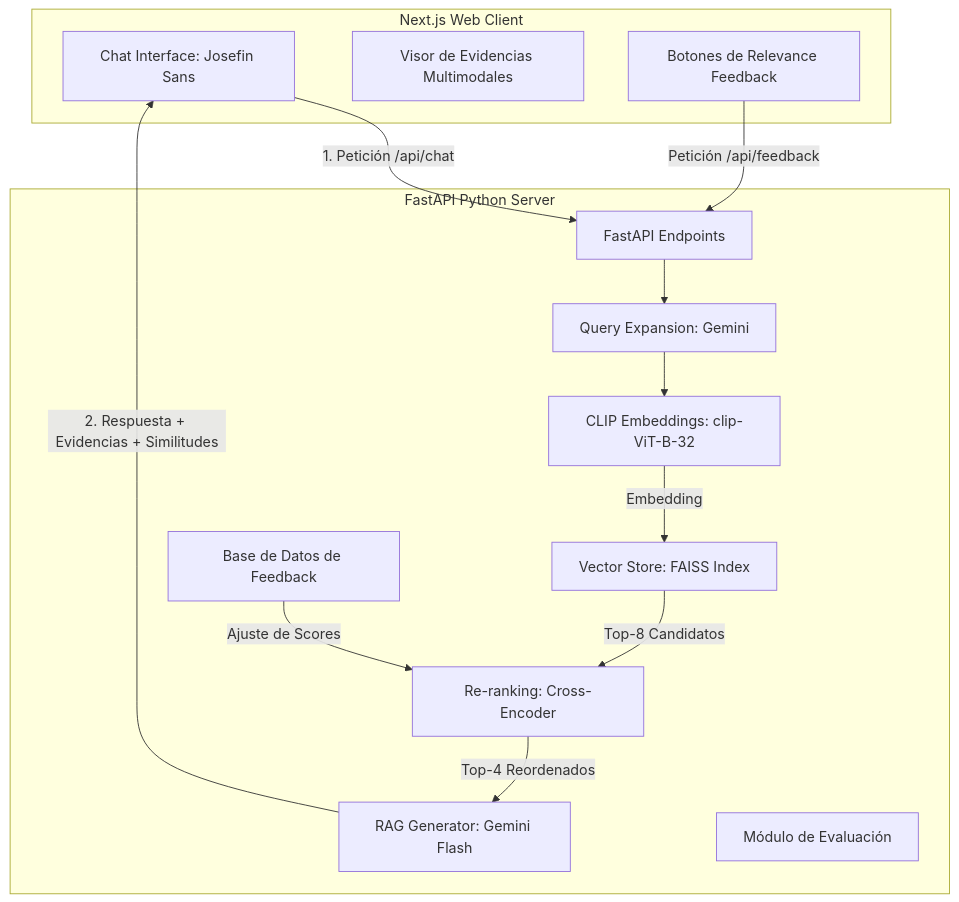
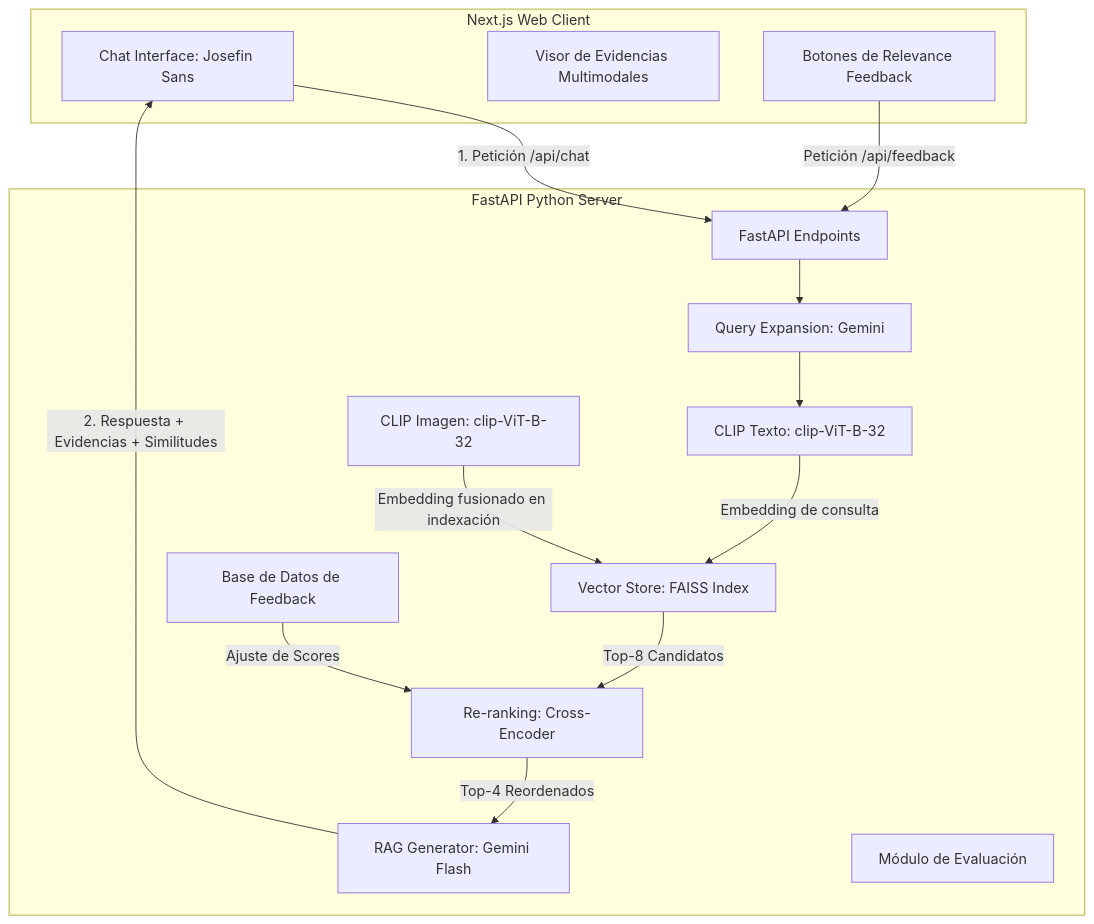
One commit to LeninReyesEPN/Proyetcto2doBimestre-RI-Reyes-Hernandez changed the diagram in INFORME.md. Above: the diagram before and after it, drawn with Mermaid. The commit also changed other lines of this file and 4 other files, not shown here.

First line of the commit message:
feat: embeddings multimodales reales (texto+imagen fusionados) en la indexación

````diff
--- a/INFORME.md
+++ b/INFORME.md
@@ -38,29 +38,31 @@
 ```mermaid
 graph TD
     subgraph Frontend [Next.js Web Client]
         UI[Chat Interface: Josefin Sans]
         Evidencias[Visor de Evidencias Multimodales]
         Feedback[Botones de Relevance Feedback]
     end
 
     subgraph Backend [FastAPI Python Server]
         API[FastAPI Endpoints]
         QE[Query Expansion: Gemini]
-        CLIP[CLIP Embeddings: clip-ViT-B-32]
+        CLIPTXT[CLIP Texto: clip-ViT-B-32]
+        CLIPIMG[CLIP Imagen: clip-ViT-B-32]
         FAISS[Vector Store: FAISS Index]
         RERANK[Re-ranking: Cross-Encoder]
         LLM[RAG Generator: Gemini Flash]
         FeedbackDB[Base de Datos de Feedback]
         Eval[Módulo de Evaluación]
     end
 
     UI -->|1. Petición /api/chat| API
     Feedback -->|Petición /api/feedback| API
     API --> QE
-    QE --> CLIP
-    CLIP -->|Embedding| FAISS
+    QE --> CLIPTXT
+    CLIPIMG -->|Embedding fusionado en indexación| FAISS
+    CLIPTXT -->|Embedding de consulta| FAISS
     FAISS -->|Top-8 Candidatos| RERANK
     RERANK -->|Top-4 Reordenados| LLM
     FeedbackDB -->|Ajuste de Scores| RERANK
     LLM -->|2. Respuesta + Evidencias + Similitudes| UI
 ```
````
